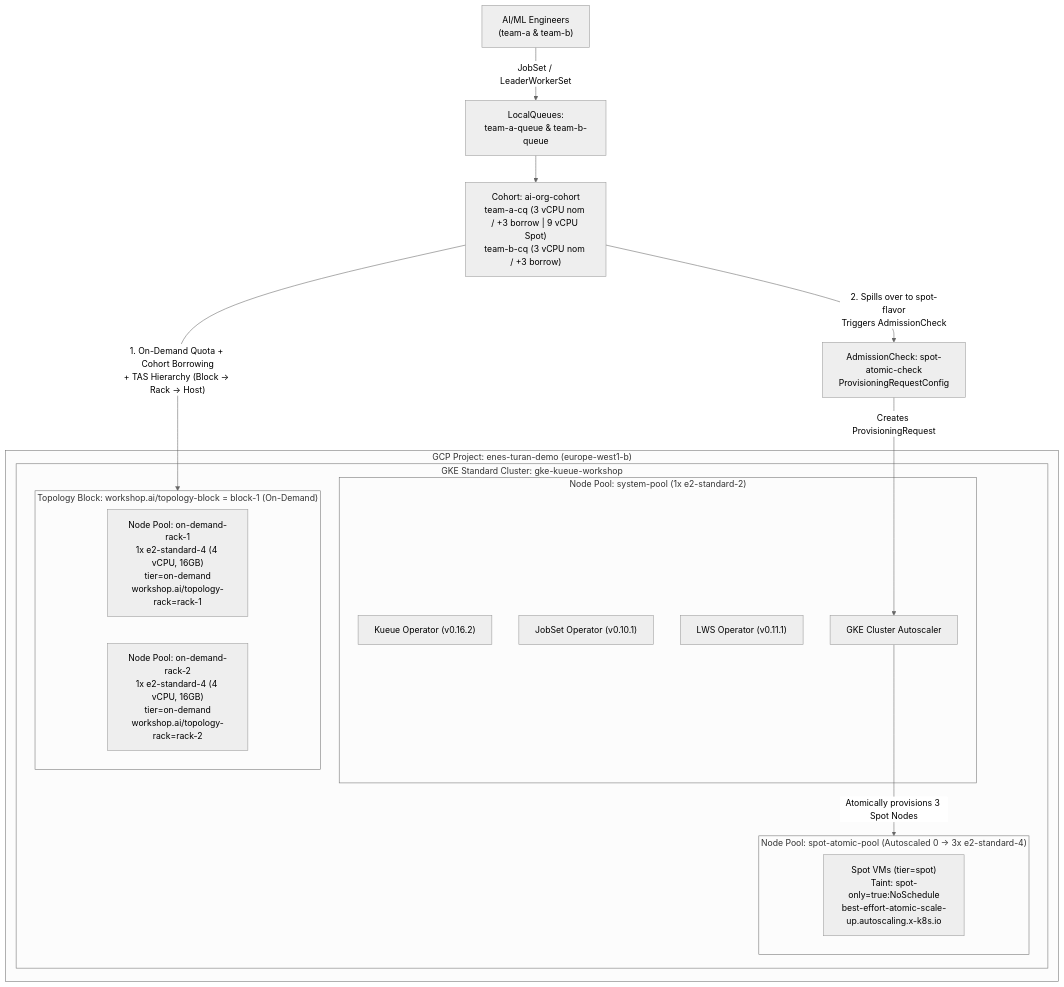
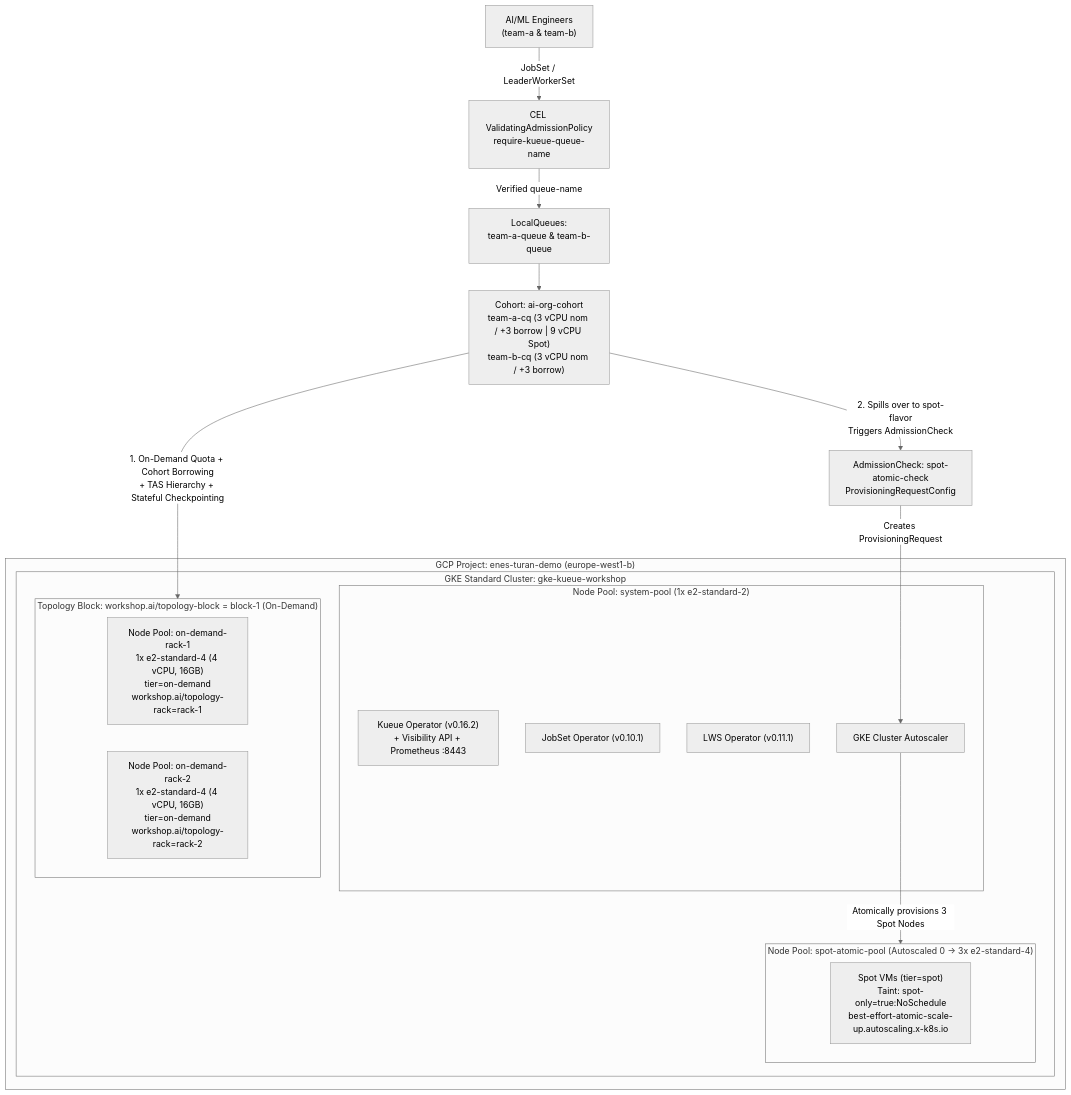
Before and after one commit to devenes/gke-kueue-ai-workshop: the diagram in README.md, drawn with Mermaid (neutral theme). The commit also changed other lines of this file and 5 other files, not shown here.

First line of the commit message:
docs: document Labs 7-9 (stateful checkpointing, CEL governance, max-exec-time, and observability)

````diff
--- a/README.md
+++ b/README.md
@@ -34,29 +34,30 @@
 ```mermaid
 flowchart TB
     subgraph GCP["GCP Project: enes-turan-demo (europe-west1-b)"]
         subgraph GKE["GKE Standard Cluster: gke-kueue-workshop"]
             subgraph SYS["Node Pool: system-pool (1x e2-standard-2)"]
-                KUEUE["Kueue Operator (v0.16.2)"]
+                KUEUE["Kueue Operator (v0.16.2)\n+ Visibility API + Prometheus :8443"]
                 JOBSET["JobSet Operator (v0.10.1)"]
                 LWS["LWS Operator (v0.11.1)"]
                 CA["GKE Cluster Autoscaler"]
             end
 
             subgraph BLOCK1["Topology Block: workshop.ai/topology-block = block-1 (On-Demand)"]
                 RACK1["Node Pool: on-demand-rack-1\n1x e2-standard-4 (4 vCPU, 16GB)\ntier=on-demand\nworkshop.ai/topology-rack=rack-1"]
                 RACK2["Node Pool: on-demand-rack-2\n1x e2-standard-4 (4 vCPU, 16GB)\ntier=on-demand\nworkshop.ai/topology-rack=rack-2"]
             end
 
             subgraph SPOT["Node Pool: spot-atomic-pool (Autoscaled 0 -> 3x e2-standard-4)"]
                 SPOTNODES["Spot VMs (tier=spot)\nTaint: spot-only=true:NoSchedule\nbest-effort-atomic-scale-up.autoscaling.x-k8s.io"]
             end
         end
     end
 
-    USER["AI/ML Engineers\n(team-a & team-b)"] -->|"JobSet / LeaderWorkerSet"| LQ["LocalQueues:\nteam-a-queue & team-b-queue"]
+    USER["AI/ML Engineers\n(team-a & team-b)"] -->|"JobSet / LeaderWorkerSet"| CEL["CEL ValidatingAdmissionPolicy\nrequire-kueue-queue-name"]
+    CEL -->|"Verified queue-name"| LQ["LocalQueues:\nteam-a-queue & team-b-queue"]
     LQ --> CQ["Cohort: ai-org-cohort\nteam-a-cq (3 vCPU nom / +3 borrow | 9 vCPU Spot)\nteam-b-cq (3 vCPU nom / +3 borrow)"]
-    CQ -->|"1. On-Demand Quota + Cohort Borrowing\n+ TAS Hierarchy (Block -> Rack -> Host)"| BLOCK1
+    CQ -->|"1. On-Demand Quota + Cohort Borrowing\n+ TAS Hierarchy + Stateful Checkpointing"| BLOCK1
     CQ -->|"2. Spills over to spot-flavor\nTriggers AdmissionCheck"| AC["AdmissionCheck: spot-atomic-check\nProvisioningRequestConfig"]
     AC -->|"Creates ProvisioningRequest"| CA
     CA -->|"Atomically provisions 3 Spot Nodes"| SPOT
 ```
````
